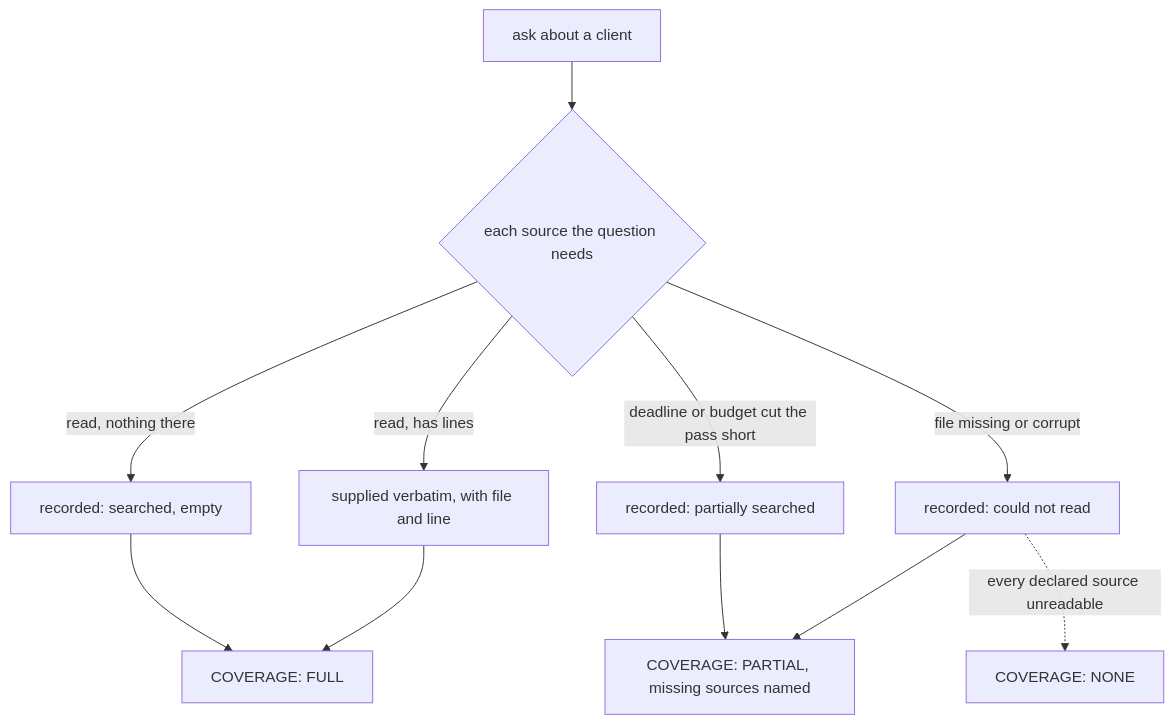
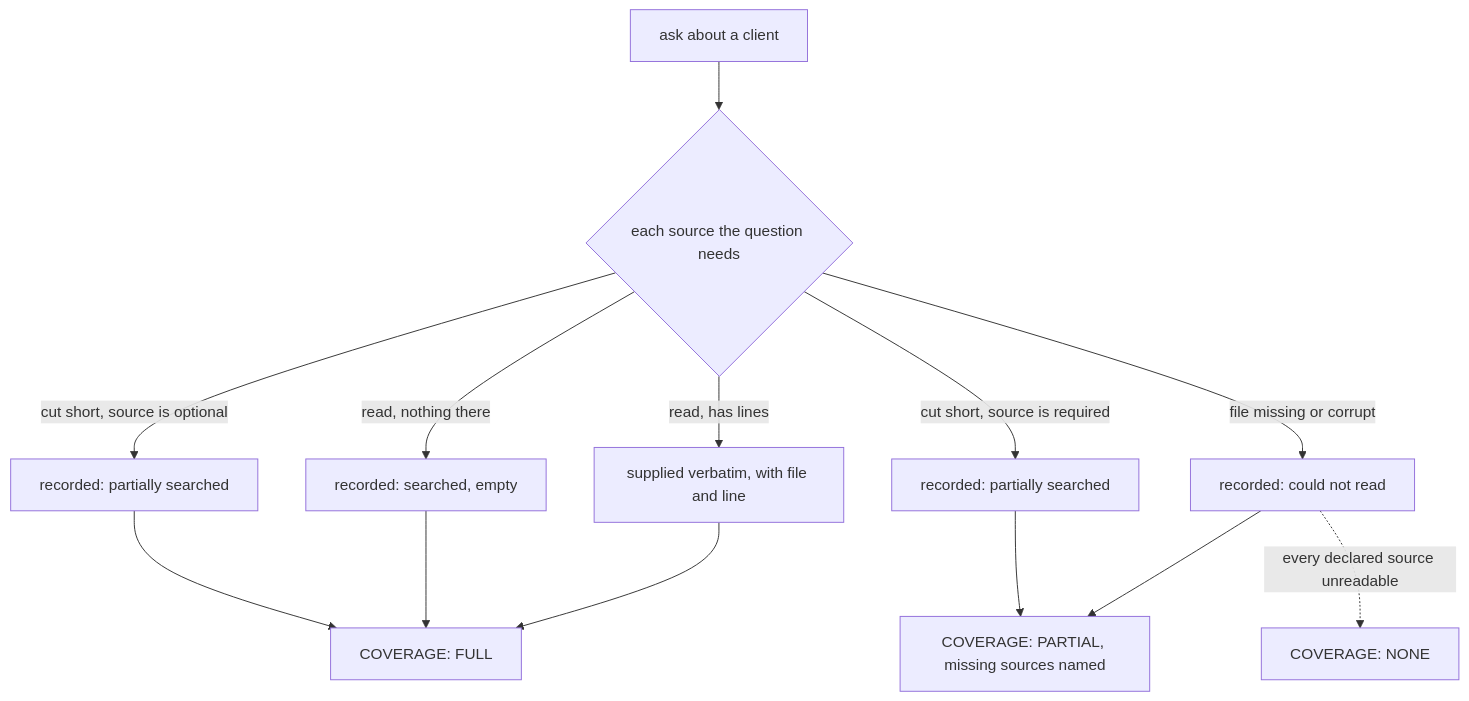
One commit to assafkip/q-founder-os changed the second of 7 diagrams in README.md. Above: the diagram before and after it, drawn with Mermaid. The commit also changed other lines of this file, not shown here.

````diff
--- a/README.md
+++ b/README.md
@@ -76,13 +78,15 @@
 ```mermaid
 flowchart TB
     Q["ask about a client"] --> S{"each source the question needs"}
     S -->|"read, has lines"| A["supplied verbatim, with file and line"]
     S -->|"read, nothing there"| B["recorded: searched, empty"]
     S -->|"file missing or corrupt"| C["recorded: could not read"]
-    S -->|"deadline or budget cut the pass short"| D["recorded: partially searched"]
+    S -->|"cut short, source is required"| D["recorded: partially searched"]
+    S -->|"cut short, source is optional"| E["recorded: partially searched"]
     A --> F["COVERAGE: FULL"]
     B --> F
+    E --> F
     C --> P["COVERAGE: PARTIAL, missing sources named"]
     D --> P
     C -. "every declared source unreadable" .-> N["COVERAGE: NONE"]
 ```
````
